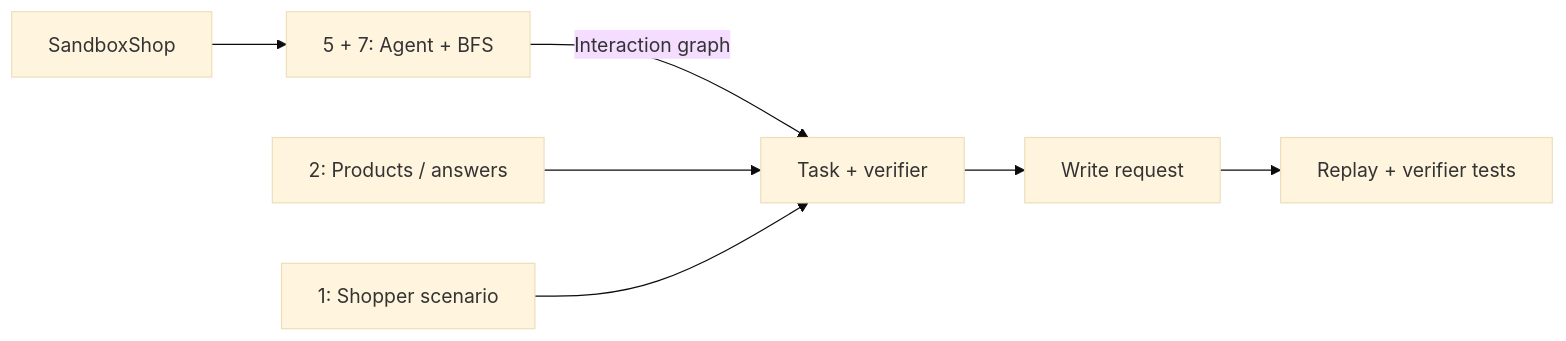
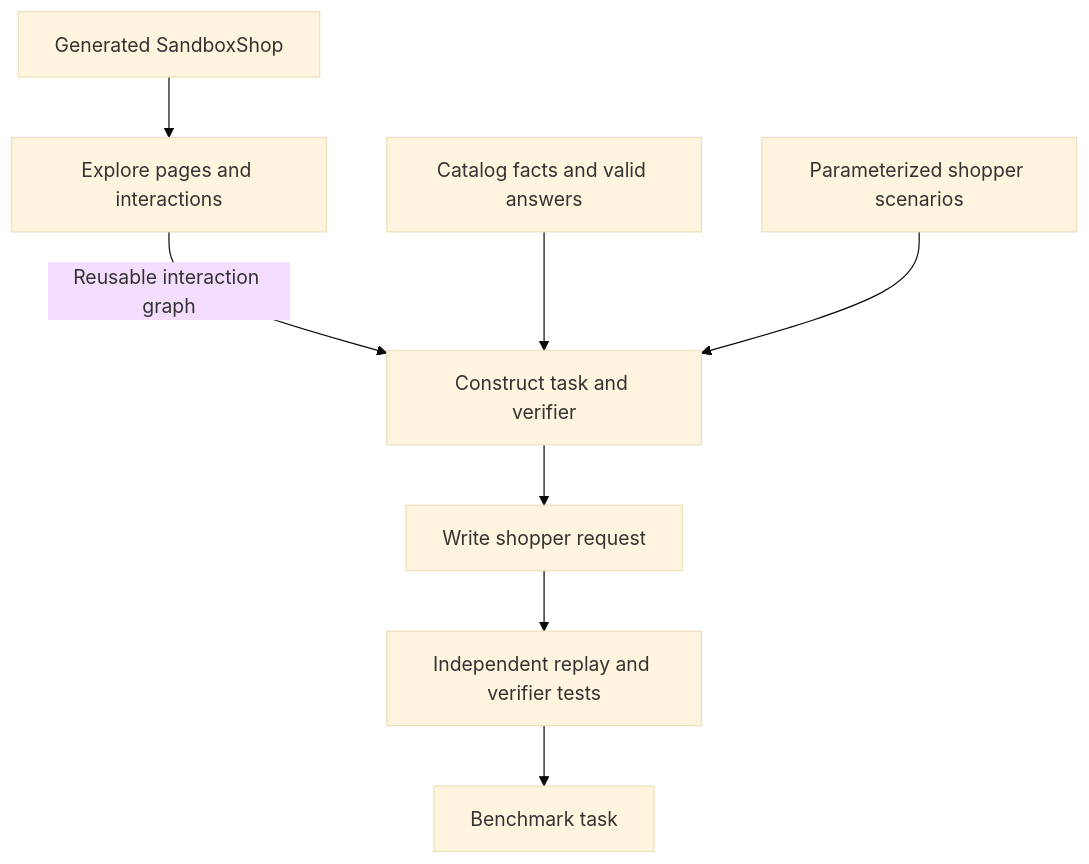
The diagram in docs/specs/shop_guru/task_generation_proposal.md (agentic-foundation-modeling-research/shop-gym), drawn with Mermaid (base theme) before and after one commit. The commit also changed other lines of this file and 1 other file, not shown here.

Commit message:
docs: clarify task generation design and illustrate interaction graph

````diff
--- a/docs/specs/shop_guru/task_generation_proposal.md
+++ b/docs/specs/shop_guru/task_generation_proposal.md
@@ -48,9 +70,10 @@
 ```mermaid
-flowchart LR
-    A[SandboxShop] --> B[5 + 7: Agent + BFS]
-    B -->|Interaction graph| C[Task + verifier]
-    D[2: Products / answers] --> C
-    E[1: Shopper scenario] --> C
-    C --> F[Write request]
-    F --> G[Replay + verifier tests]
+flowchart TD
+    A[Generated SandboxShop] --> B[Explore pages and interactions]
+    B -->|Reusable interaction graph| C[Construct task and verifier]
+    D[Catalog facts and valid answers] --> C
+    E[Parameterized shopper scenarios] --> C
+    C --> F[Write shopper request]
+    F --> G[Independent replay and verifier tests]
+    G --> H[Benchmark task]
 ```
````
